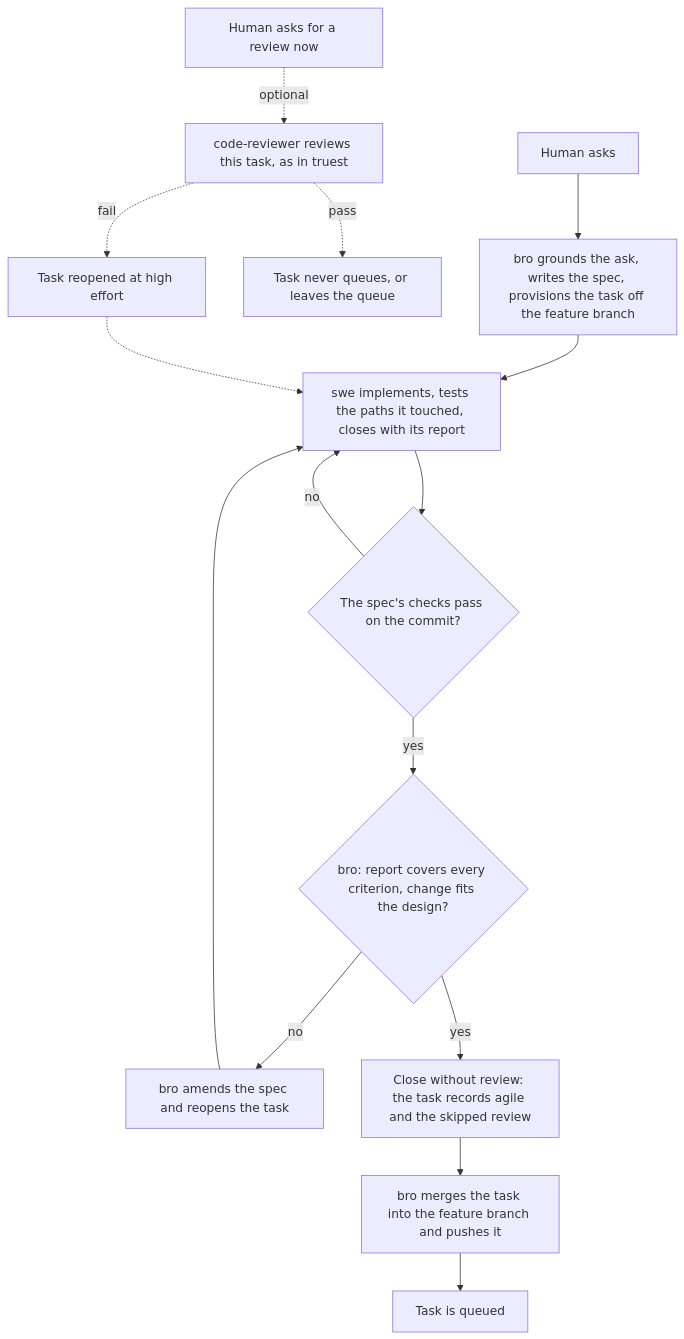
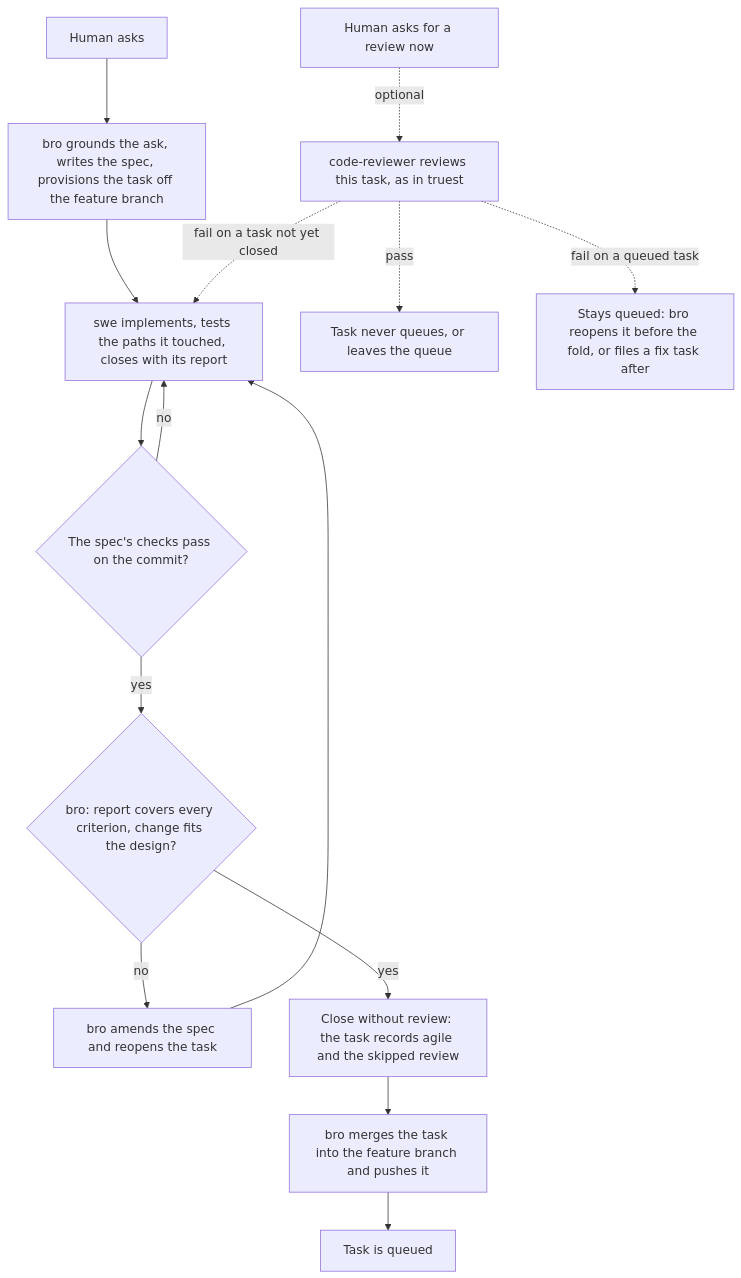
The fourth of 8 diagrams in docs/architecture/AGILE.md (trustmybot/plugin), drawn with Mermaid before and after one commit. The commit also changed other lines of this file and 2 other files, not shown here.

First line of the commit message:
📝 docs(agile): a failed review on request leaves the task deferred (GH 3251)

````diff
--- a/docs/architecture/AGILE.md
+++ b/docs/architecture/AGILE.md
@@ -88,17 +88,17 @@
 ```mermaid
 flowchart TD
     A[Human asks] --> B[bro grounds the ask, writes the spec, provisions the task off the feature branch]
     B --> C[swe implements, tests the paths it touched, closes with its report]
     C --> V{The spec's checks pass on the commit?}
     V -- no --> C
     V -- yes --> E{bro: report covers every criterion, change fits the design?}
     E -- no --> R[bro amends the spec and reopens the task]
     R --> C
     E -- yes --> F[Close without review: the task records agile and the skipped review]
     F --> G[bro merges the task into the feature branch and pushes it]
     G --> Q[Task is queued]
     H[Human asks for a review now] -. optional .-> CR[code-reviewer reviews this task, as in truest]
     CR -. pass .-> X[Task never queues, or leaves the queue]
-    CR -. fail .-> RF[Task reopened at high effort]
-    RF -.-> C
+    CR -. fail on a task not yet closed .-> C
+    CR -. fail on a queued task .-> RF[Stays queued: bro reopens it before the fold, or files a fix task after]
 ```
````
